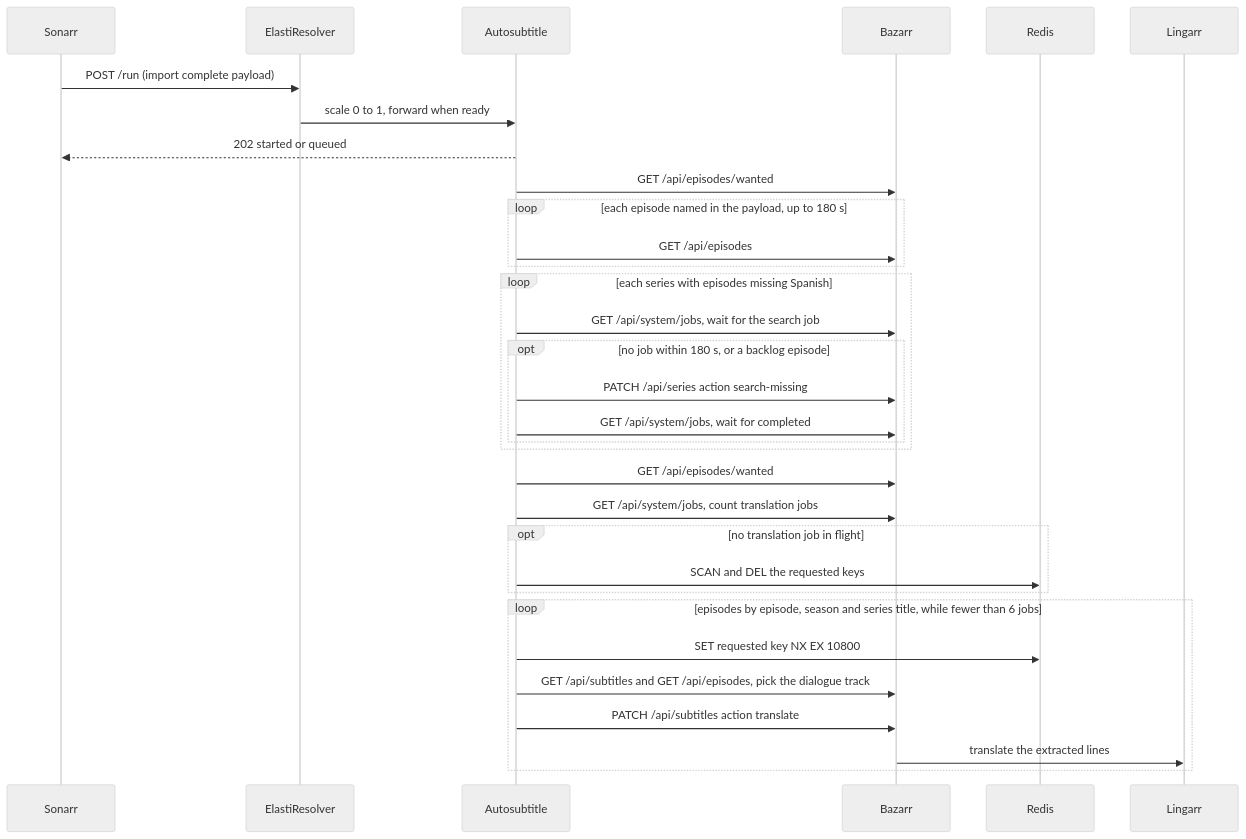
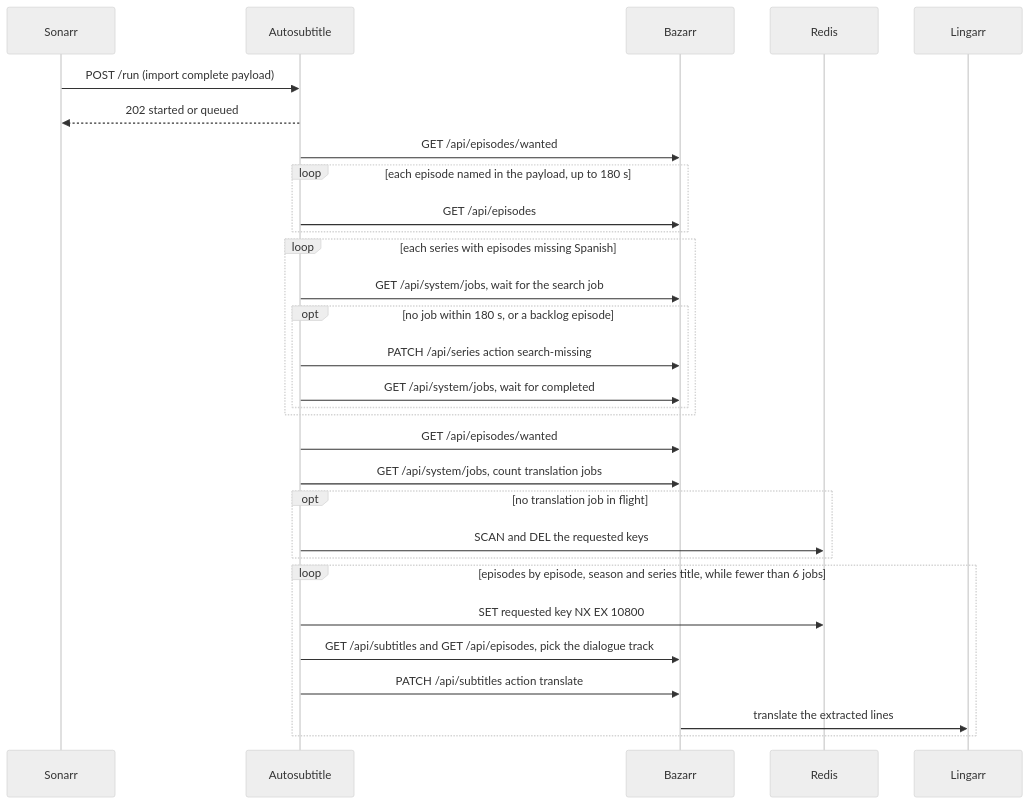
Before and after one commit to cristsr/homelab: the diagram in docs/use-cases/flows/auto-translate-imported-subtitles.md, drawn with Mermaid (neutral theme). The commit also changed other lines of this file and 8 other files, not shown here.

````diff
--- a/docs/use-cases/flows/auto-translate-imported-subtitles.md
+++ b/docs/use-cases/flows/auto-translate-imported-subtitles.md
@@ -19,39 +19,37 @@
 ```mermaid
 sequenceDiagram
   participant Sonarr
-  participant ElastiResolver
   participant Autosubtitle
   participant Bazarr
   participant Redis
   participant Lingarr
 
-  Sonarr->>ElastiResolver: POST /run (import complete payload)
-  ElastiResolver->>Autosubtitle: scale 0 to 1, forward when ready
+  Sonarr->>Autosubtitle: POST /run (import complete payload)
   Autosubtitle-->>Sonarr: 202 started or queued
 
   Autosubtitle->>Bazarr: GET /api/episodes/wanted
   loop each episode named in the payload, up to 180 s
     Autosubtitle->>Bazarr: GET /api/episodes
   end
 
   loop each series with episodes missing Spanish
     Autosubtitle->>Bazarr: GET /api/system/jobs, wait for the search job
     opt no job within 180 s, or a backlog episode
       Autosubtitle->>Bazarr: PATCH /api/series action search-missing
       Autosubtitle->>Bazarr: GET /api/system/jobs, wait for completed
     end
   end
 
   Autosubtitle->>Bazarr: GET /api/episodes/wanted
   Autosubtitle->>Bazarr: GET /api/system/jobs, count translation jobs
   opt no translation job in flight
     Autosubtitle->>Redis: SCAN and DEL the requested keys
   end
 
   loop episodes by episode, season and series title, while fewer than 6 jobs
     Autosubtitle->>Redis: SET requested key NX EX 10800
     Autosubtitle->>Bazarr: GET /api/subtitles and GET /api/episodes, pick the dialogue track
     Autosubtitle->>Bazarr: PATCH /api/subtitles action translate
     Bazarr->>Lingarr: translate the extracted lines
   end
 ```
````
